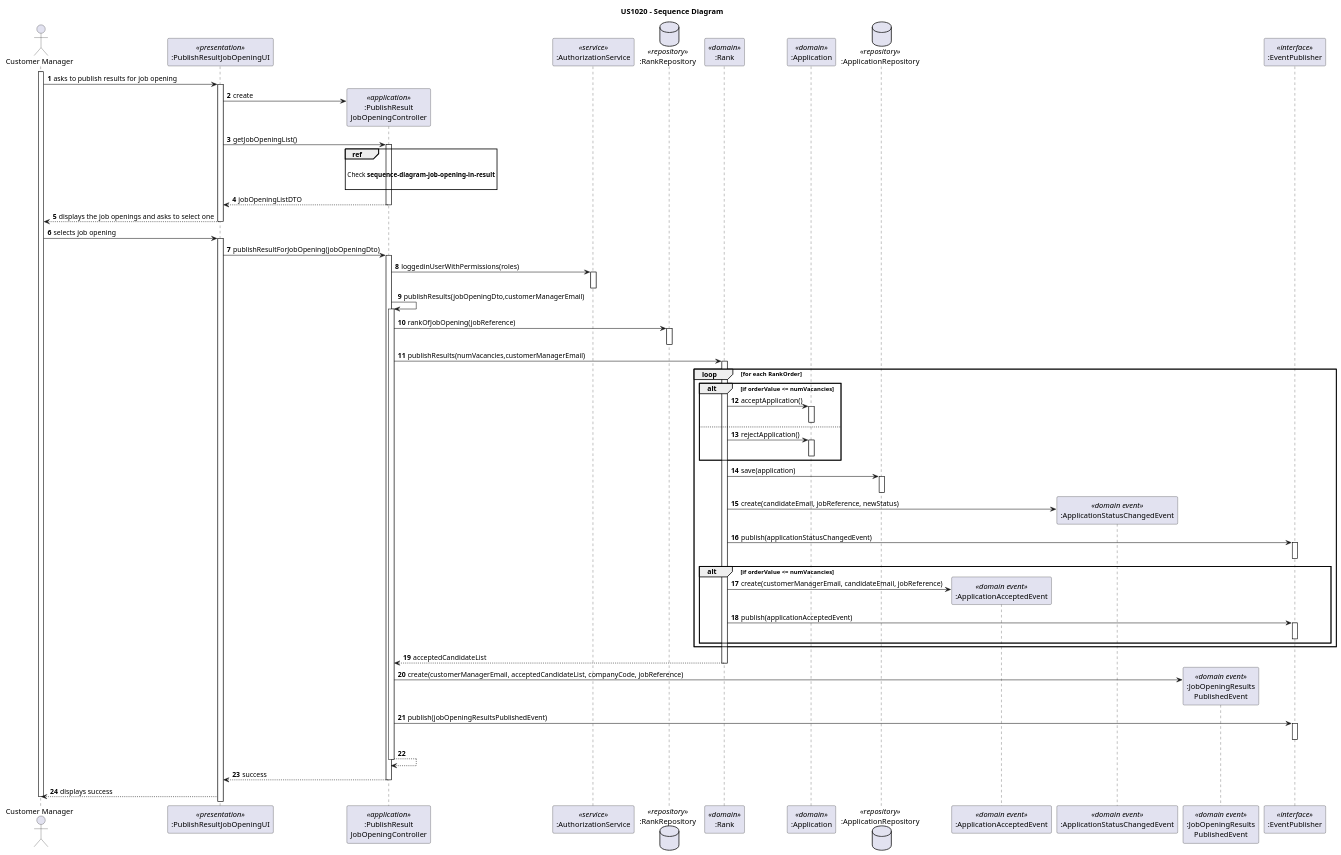
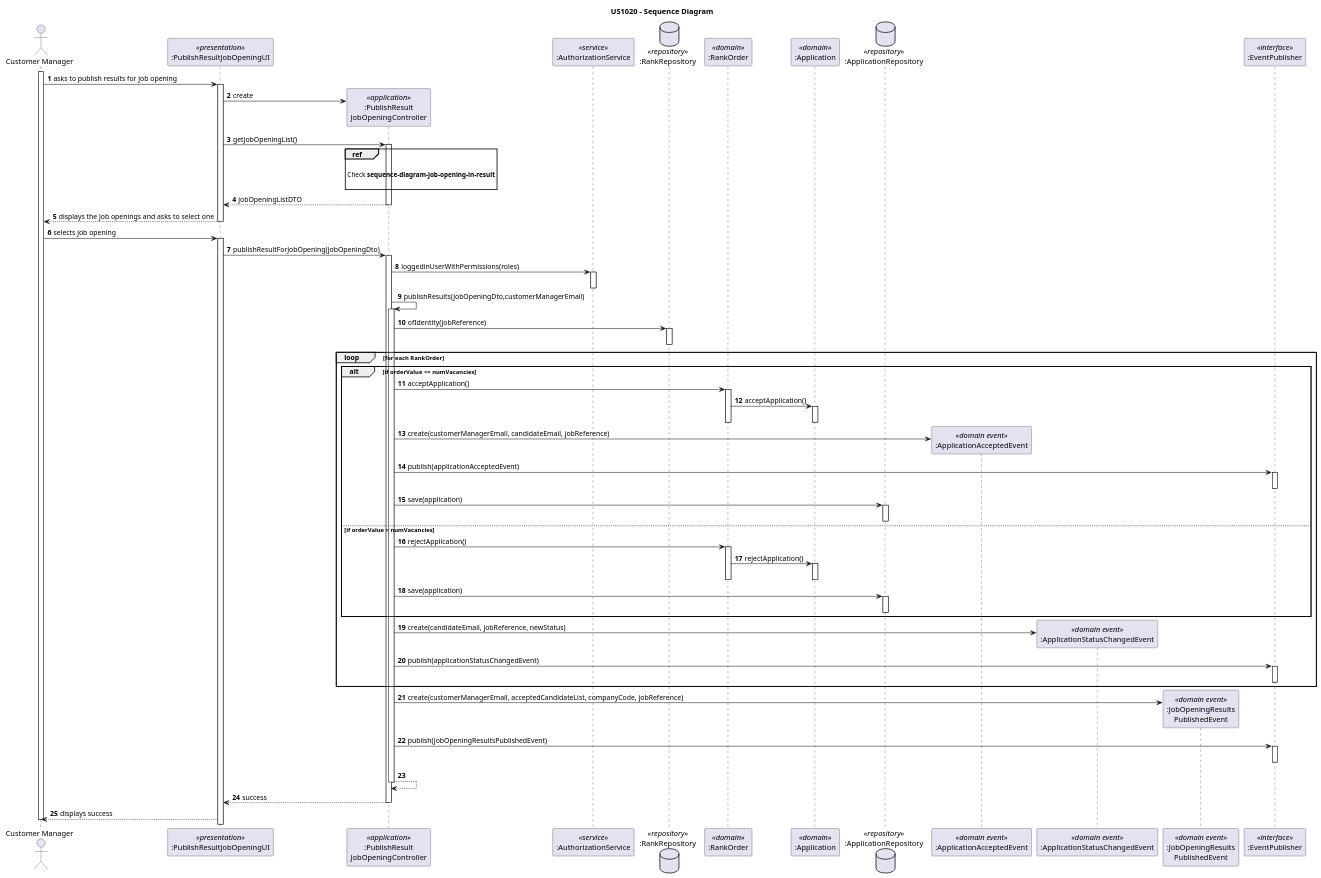
The diagram in docs/sprint-c/us_1020/design-diagrams/sequence-diagram.puml (rita-barbosa/LAPR4-2324), drawn with PlantUML before and after one commit. The commit also changed 5 other files, not shown here.

```diff
--- a/docs/sprint-c/us_1020/design-diagrams/sequence-diagram.puml
+++ b/docs/sprint-c/us_1020/design-diagrams/sequence-diagram.puml
@@ -1,116 +1,125 @@
 @startuml
 'https://plantuml.com/sequence-diagram
 
 title US1020 - Sequence Diagram
 
 autonumber
 
 actor "Customer Manager" as USER
 participant ":PublishResultJobOpeningUI" as UI <<presentation>>
 participant ":PublishResult\nJobOpeningController" as CTRL <<application>>
 participant ":AuthorizationService" as AUTHZ <<service>>
 database ":RankRepository" as R_REPO <<repository>>
-participant ":Rank" as R <<domain>>
+participant ":RankOrder" as R <<domain>>
 participant ":Application" as A <<domain>>
 database ":ApplicationRepository" as A_REPO <<repository>>
 participant ":ApplicationAcceptedEvent" as NAAE <<domain event>>
 participant ":ApplicationStatusChangedEvent" as ASCE <<domain event>>
 participant ":JobOpeningResults\nPublishedEvent" as JORPE <<domain event>>
 participant ":EventPublisher" as EP <<interface>>
 
 
 activate USER
 
 USER -> UI : asks to publish results for job opening
 activate UI
 
 UI -> CTRL**: create
 
 UI -> CTRL : getJobOpeningList()
 activate CTRL
 
 ref over CTRL
 
 Check **sequence-diagram-job-opening-in-result**
 
 end ref
 
 CTRL --> UI: jobOpeningListDTO
 deactivate CTRL
 
 UI --> USER : displays the job openings and asks to select one
 deactivate UI
 
 
 USER -> UI : selects job opening
 activate UI
 
     UI -> CTRL: publishResultForJobOpening(jobOpeningDto)
     activate CTRL
 
     CTRL -> AUTHZ:  loggedinUserWithPermissions(roles)
     activate AUTHZ
     deactivate AUTHZ
 
     CTRL -> CTRL : publishResults(jobOpeningDto,customerManagerEmail)
     activate CTRL
 
-        CTRL -> R_REPO: rankOfJobOpening(jobReference)
+        CTRL -> R_REPO: ofIdentity(jobReference)
         activate R_REPO
         deactivate R_REPO
 
-        CTRL -> R: publishResults(numVacancies,customerManagerEmail)
-        activate R
+
 
             loop for each RankOrder
 
                 alt if orderValue <= numVacancies
+
+                    CTRL -> R : acceptApplication()
+                    activate R
+
                     R -> A : acceptApplication()
                     activate A
                     deactivate A
+                    deactivate R
 
-                else
-                    R-> A: rejectApplication()
+                    CTRL -> NAAE**: create(customerManagerEmail, candidateEmail, jobReference)
+                    CTRL -> EP: publish(applicationAcceptedEvent)
+                    activate EP
+                    deactivate EP
+
+                    CTRL -> A_REPO: save(application)
+                    activate A_REPO
+                    deactivate A_REPO
+                else if orderValue > numVacancies
+
+                    CTRL -> R : rejectApplication()
+                    activate R
+
+                    R -> A : rejectApplication()
                     activate A
                     deactivate A
-                end alt
+                    deactivate R
 
-                R -> A_REPO: save(application)
-                activate A_REPO
-                deactivate A_REPO
-
-                R -> ASCE** : create(candidateEmail, jobReference, newStatus)
-                R-> EP: publish(applicationStatusChangedEvent)
-                activate EP
-                deactivate EP
-
-                alt if orderValue <= numVacancies
-                    R -> NAAE**: create(customerManagerEmail, candidateEmail, jobReference)
-                    R -> EP: publish(applicationAcceptedEvent)
-                    activate EP
-                    deactivate EP
+                    CTRL -> A_REPO: save(application)
+                    activate A_REPO
+                    deactivate A_REPO
                 end alt
 
 
+
+               CTRL -> ASCE** : create(candidateEmail, jobReference, newStatus)
+                CTRL-> EP: publish(applicationStatusChangedEvent)
+                activate EP
+                deactivate EP
             end loop
-        R --> CTRL: acceptedCandidateList
-        deactivate R
+
 
     CTRL-> JORPE**: create(customerManagerEmail, acceptedCandidateList, companyCode, jobReference)
     CTRL -> EP: publish(jobOpeningResultsPublishedEvent)
     activate EP
     deactivate EP
 
 
     CTRL --> CTRL:
     deactivate CTRL
 
 CTRL --> UI: success
 deactivate CTRL
 
 UI --> USER: displays success
 
 deactivate USER
 
 
 @enduml
```
